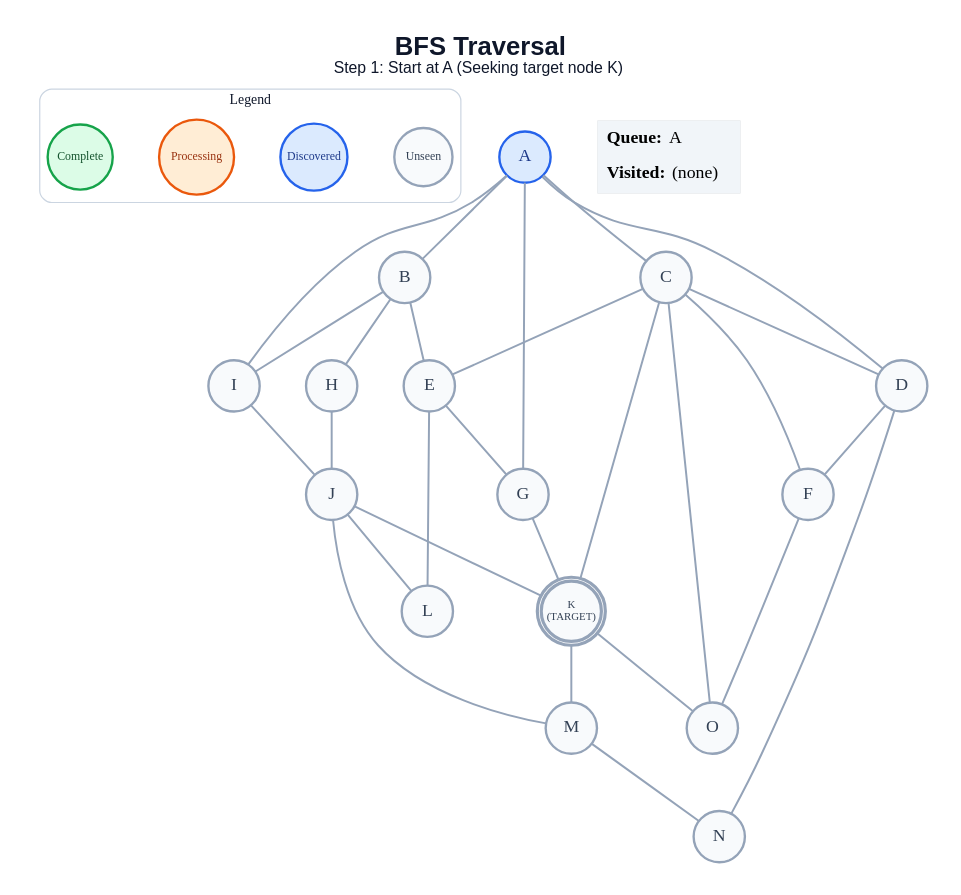
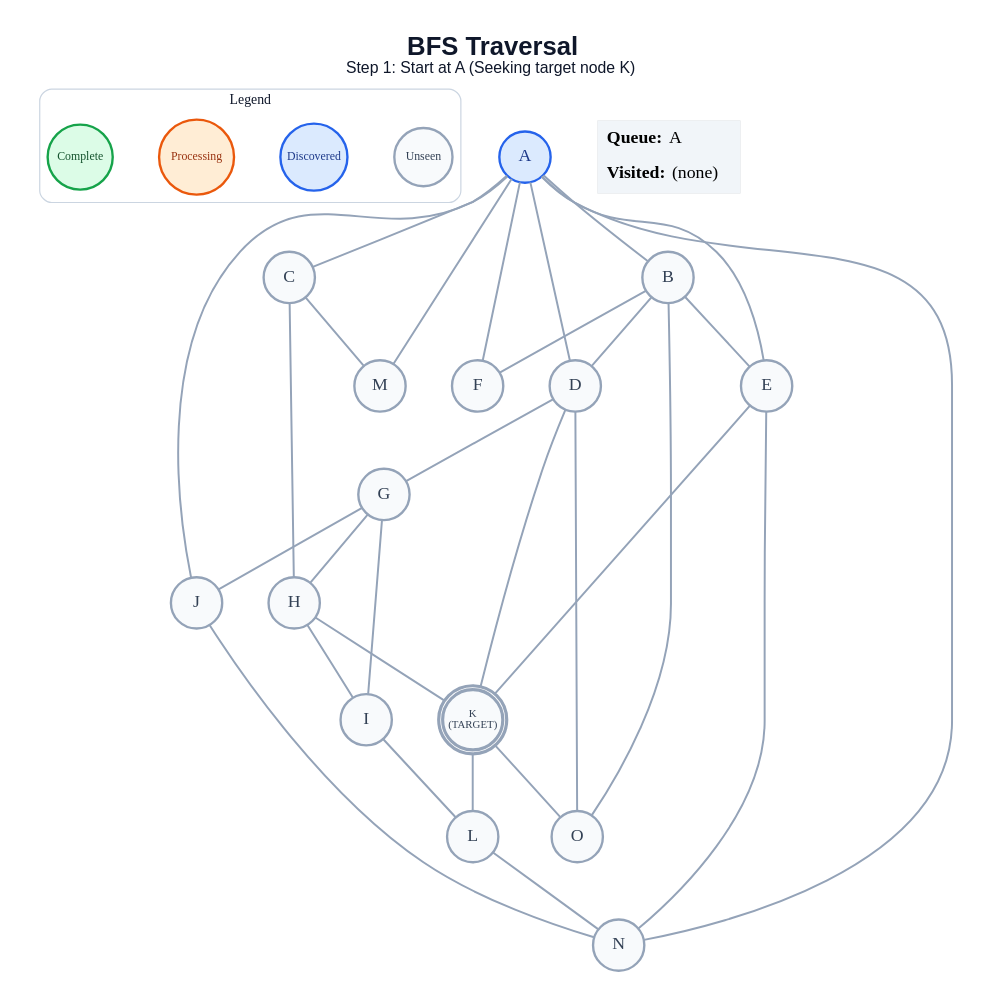
Before and after one commit to anon7238593-create/ai-slop: the diagram in generated/specific-node/bfs/step_01.dot, drawn with Graphviz. The commit also changed 221 other files, not shown here.

```diff
--- a/generated/specific-node/bfs/step_01.dot
+++ b/generated/specific-node/bfs/step_01.dot
@@ -1,61 +1,63 @@
 graph traversal {
   graph [layout=dot, rankdir=TB, bgcolor="#FFFFFF", pad="0.35", nodesep="0.65", ranksep="0.8", fontname="Arial"];
   node [shape=circle, style="filled", fontname="Arial Bold", fontsize=18, width=0.72, fixedsize=true, penwidth=2.4];
   edge [color="#94A3B8", penwidth=2.0];
   label=<<B>BFS Traversal</B><BR/><FONT POINT-SIZE="16">Step 1: Start at A (Seeking target node K)</FONT>>; labelloc="t"; fontsize=26; fontname="Arial"; fontcolor="#0F172A";
   subgraph cluster_legend { label="Legend"; color="#CBD5E1"; penwidth=1.2; style="rounded"; fontsize=14; fontname="Arial Bold";
     key_unseen [label="Unseen", fillcolor="#F8FAFC", color="#94A3B8", fontcolor="#334155", fontsize=12, width=0.82];
     key_frontier [label="Discovered", fillcolor="#DBEAFE", color="#2563EB", fontcolor="#1E3A8A", fontsize=12, width=0.95];
     key_current [label="Processing", fillcolor="#FFEDD5", color="#EA580C", fontcolor="#9A3412", fontsize=12, width=1.05];
     key_done [label="Complete", fillcolor="#DCFCE7", color="#16A34A", fontcolor="#14532D", fontsize=12, width=0.92];
     { rank=same; key_unseen; key_frontier; key_current; key_done; }
   }
   A [label="A", fillcolor="#DBEAFE", color="#2563EB", fontcolor="#1E3A8A", peripheries=1, penwidth=2.4];
   B [label="B", fillcolor="#F8FAFC", color="#94A3B8", fontcolor="#334155", peripheries=1, penwidth=2.4];
   C [label="C", fillcolor="#F8FAFC", color="#94A3B8", fontcolor="#334155", peripheries=1, penwidth=2.4];
   D [label="D", fillcolor="#F8FAFC", color="#94A3B8", fontcolor="#334155", peripheries=1, penwidth=2.4];
   E [label="E", fillcolor="#F8FAFC", color="#94A3B8", fontcolor="#334155", peripheries=1, penwidth=2.4];
   F [label="F", fillcolor="#F8FAFC", color="#94A3B8", fontcolor="#334155", peripheries=1, penwidth=2.4];
   G [label="G", fillcolor="#F8FAFC", color="#94A3B8", fontcolor="#334155", peripheries=1, penwidth=2.4];
   H [label="H", fillcolor="#F8FAFC", color="#94A3B8", fontcolor="#334155", peripheries=1, penwidth=2.4];
   I [label="I", fillcolor="#F8FAFC", color="#94A3B8", fontcolor="#334155", peripheries=1, penwidth=2.4];
   J [label="J", fillcolor="#F8FAFC", color="#94A3B8", fontcolor="#334155", peripheries=1, penwidth=2.4];
   K [label="K\n(TARGET)", fillcolor="#F8FAFC", color="#94A3B8", fontcolor="#334155", peripheries=2, penwidth=3.2, fontsize=11, width=0.85, height=0.85];
   L [label="L", fillcolor="#F8FAFC", color="#94A3B8", fontcolor="#334155", peripheries=1, penwidth=2.4];
   M [label="M", fillcolor="#F8FAFC", color="#94A3B8", fontcolor="#334155", peripheries=1, penwidth=2.4];
   N [label="N", fillcolor="#F8FAFC", color="#94A3B8", fontcolor="#334155", peripheries=1, penwidth=2.4];
   O [label="O", fillcolor="#F8FAFC", color="#94A3B8", fontcolor="#334155", peripheries=1, penwidth=2.4];
   A -- B;
   A -- C;
   A -- D;
-  A -- G;
-  A -- I;
+  A -- E;
+  A -- F;
+  A -- J;
+  A -- M;
+  A -- N;
+  B -- D;
   B -- E;
-  B -- H;
-  B -- I;
-  C -- D;
-  C -- E;
-  C -- F;
-  C -- K;
-  C -- O;
-  D -- F;
-  D -- N;
-  E -- G;
-  E -- L;
-  F -- O;
-  G -- K;
-  H -- J;
-  I -- J;
-  J -- K;
-  J -- L;
-  J -- M;
-  K -- M;
+  B -- F;
+  B -- O;
+  C -- H;
+  C -- M;
+  D -- G;
+  D -- K;
+  D -- O;
+  E -- K;
+  E -- N;
+  G -- H;
+  G -- I;
+  G -- J;
+  H -- I;
+  H -- K;
+  I -- L;
+  J -- N;
+  K -- L;
   K -- O;
-  M -- N;
+  L -- N;
   status [shape=plain, fixedsize=false, width=0, height=0, margin=0, label=<
     <TABLE BORDER="0" CELLBORDER="0" CELLPADDING="7" BGCOLOR="#F1F5F9">
       <TR><TD ALIGN="LEFT"><B>Queue:</B> A</TD></TR>
       <TR><TD ALIGN="LEFT"><B>Visited:</B> (none)</TD></TR>
     </TABLE>
   >];
 }
```
